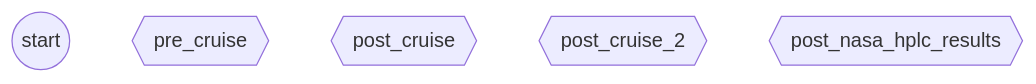
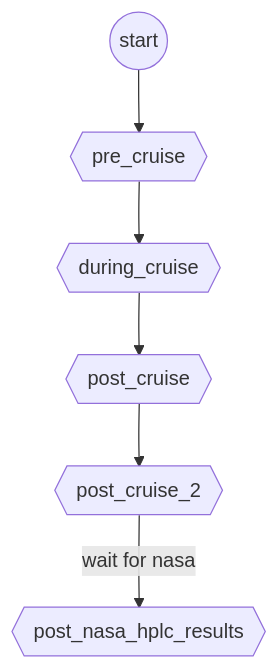
Before and after one commit to USF-IMARS/mbon_cruise_scripts: the diagram in protocol_workflow_tasks/README.md, drawn with Mermaid. The commit also changed other lines of this file, not shown here.

Commit message:
+ during_cruise node in graph

````diff
--- a/protocol_workflow_tasks/README.md
+++ b/protocol_workflow_tasks/README.md
@@ -5,10 +5,17 @@
 ```mermaid
 graph TD
-
 start((start)) 
 pre{{pre_cruise}} 
+during{{during_cruise}}
 post1{{post_cruise}} 
 post2{{post_cruise_2}}
 post2 
 post_nasa{{post_nasa_hplc_results}}
+
+start -->
+pre -->
+during -->
+post1 -->
+post2 -- "wait for nasa" --> 
+post_nasa 
 ```
````
